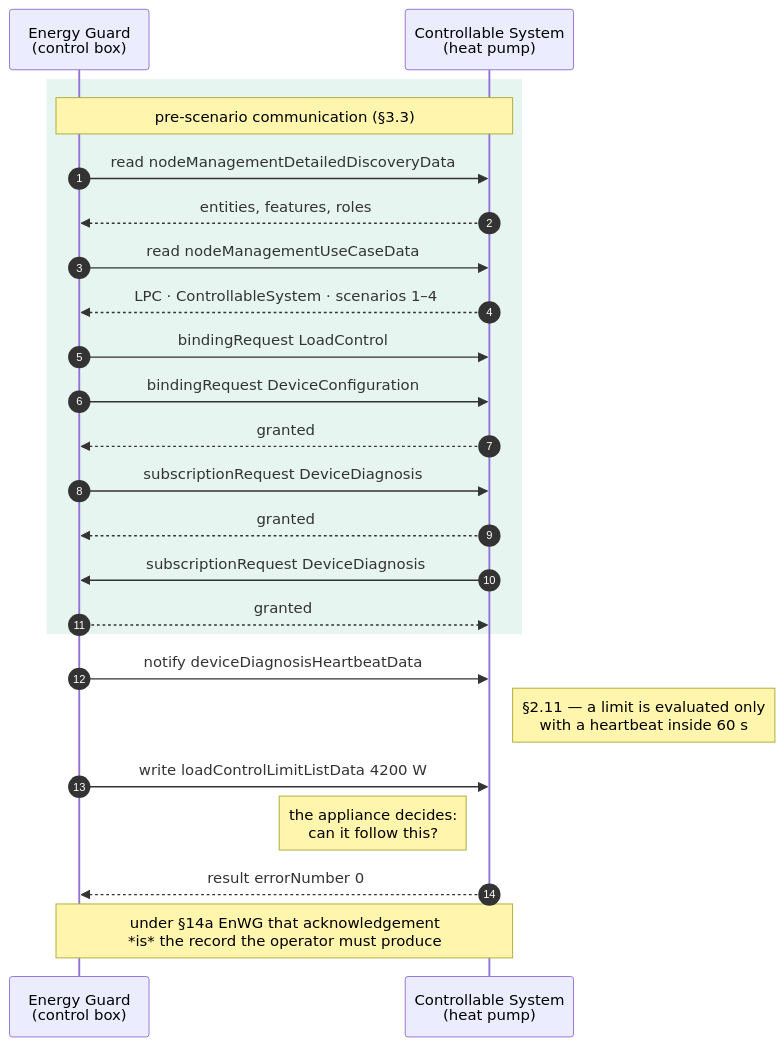
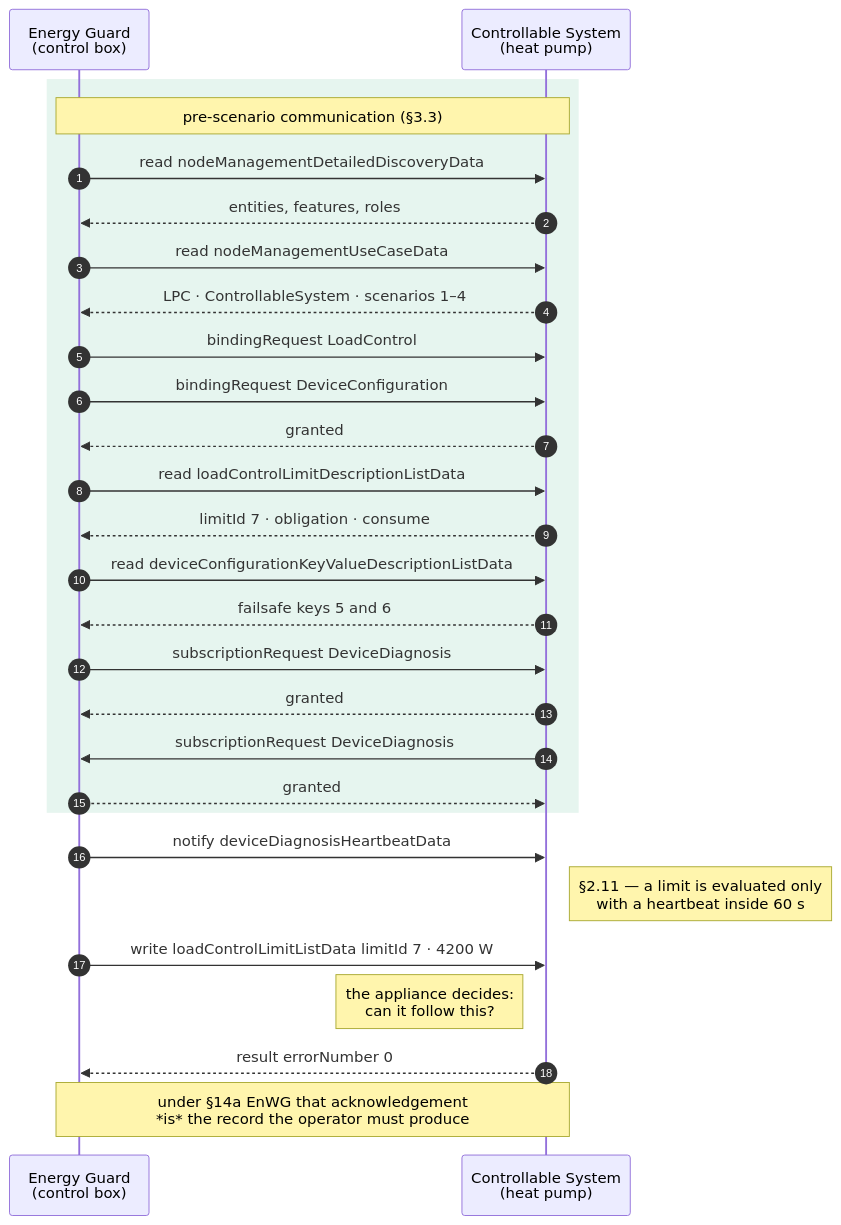
One commit to hupe1980/eebus changed the first of 2 diagrams in site/content/docs/limitation.md. Above: the diagram before and after it, drawn with Mermaid. The commit also changed other lines of this file and 44 other files, not shown here.

````diff
--- a/site/content/docs/limitation.md
+++ b/site/content/docs/limitation.md
@@ -23,28 +23,32 @@
 ```mermaid
 sequenceDiagram
   autonumber
   participant EG as Energy Guard<br>(control box)
   participant CS as Controllable System<br>(heat pump)
 
   rect rgb(230, 245, 239)
     Note over EG,CS: pre-scenario communication (§3.3)
     EG->>CS: read nodeManagementDetailedDiscoveryData
     CS-->>EG: entities, features, roles
     EG->>CS: read nodeManagementUseCaseData
     CS-->>EG: LPC · ControllableSystem · scenarios 1–4
     EG->>CS: bindingRequest LoadControl
     EG->>CS: bindingRequest DeviceConfiguration
     CS-->>EG: granted
+    EG->>CS: read loadControlLimitDescriptionListData
+    CS-->>EG: limitId 7 · obligation · consume
+    EG->>CS: read deviceConfigurationKeyValueDescriptionListData
+    CS-->>EG: failsafe keys 5 and 6
     EG->>CS: subscriptionRequest DeviceDiagnosis
     CS-->>EG: granted
     CS->>EG: subscriptionRequest DeviceDiagnosis
     EG-->>CS: granted
   end
 
   EG->>CS: notify deviceDiagnosisHeartbeatData
   Note right of CS: §2.11 — a limit is evaluated only<br>with a heartbeat inside 60 s
-  EG->>CS: write loadControlLimitListData 4200 W
+  EG->>CS: write loadControlLimitListData limitId 7 · 4200 W
   Note left of CS: the appliance decides:<br>can it follow this?
   CS-->>EG: result errorNumber 0
   Note over EG,CS: under §14a EnWG that acknowledgement<br>*is* the record the operator must produce
 ```
````
